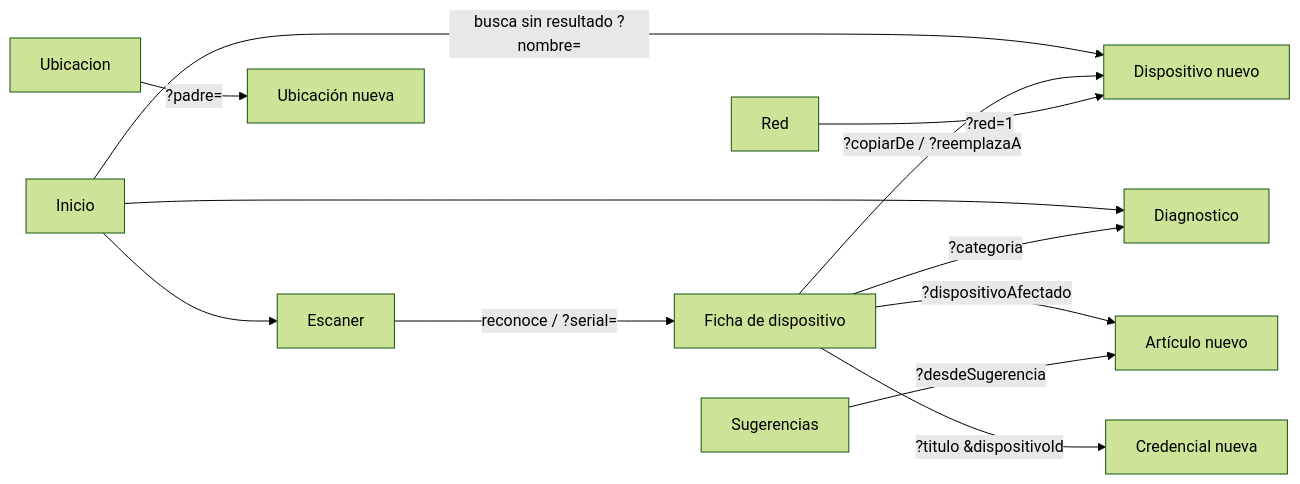
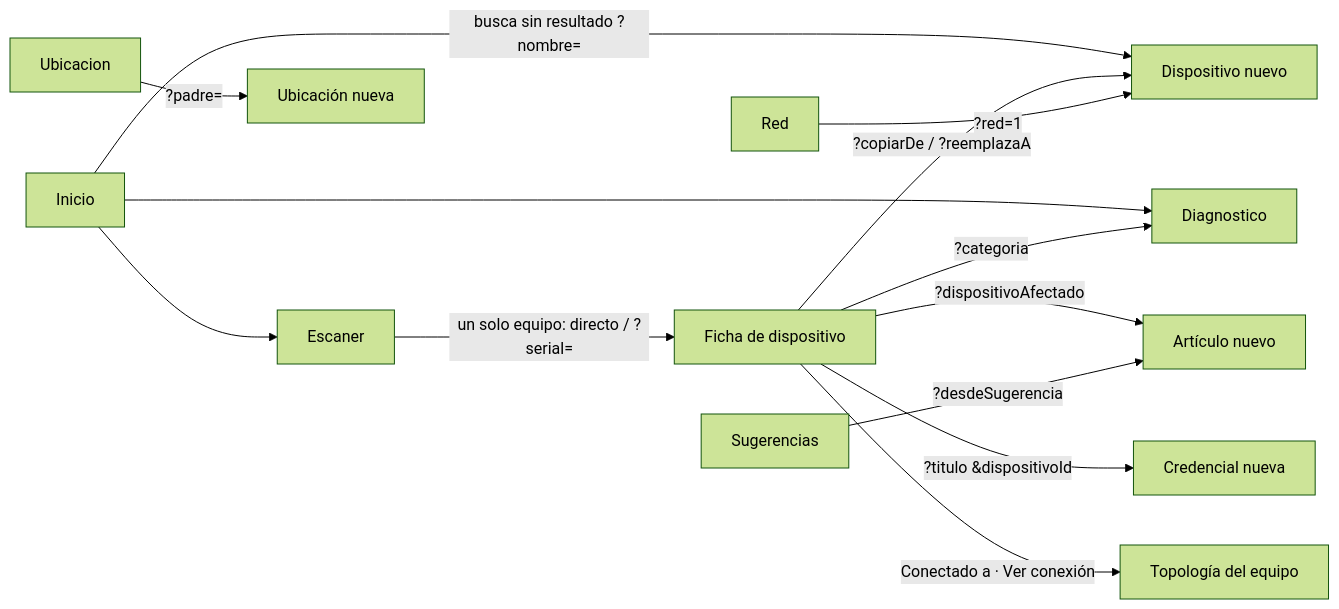
Before and after one commit to estebancuentas140892-star/Soluciones-IT: the sixth of 6 diagrams in ARQUITECTURA_FUNCIONAL.md, drawn with Mermaid (forest theme). The commit also changed other lines of this file and 7 other files, not shown here.

````diff
--- a/ARQUITECTURA_FUNCIONAL.md
+++ b/ARQUITECTURA_FUNCIONAL.md
@@ -656,14 +671,15 @@
 ```mermaid
 flowchart LR
   Inicio -->|busca sin resultado ?nombre=| NuevoDisp[Dispositivo nuevo]
   Inicio --> Diagnostico
   Inicio --> Escaner
   Ficha[Ficha de dispositivo] -->|?copiarDe / ?reemplazaA| NuevoDisp
   Ficha -->|?dispositivoAfectado| NuevoArt[Artículo nuevo]
   Ficha -->|?titulo &dispositivoId| NuevaCred[Credencial nueva]
   Ficha -->|?categoria| Diagnostico
-  Escaner -->|reconoce / ?serial=| Ficha
+  Escaner -->|un solo equipo: directo / ?serial=| Ficha
+  Ficha -->|Conectado a · Ver conexión| Topologia[Topología del equipo]
   Sugerencias -->|?desdeSugerencia| NuevoArt
   Red -->|?red=1| NuevoDisp
   Ubicacion -->|?padre=| NuevaUbic[Ubicación nueva]
 ```
````
